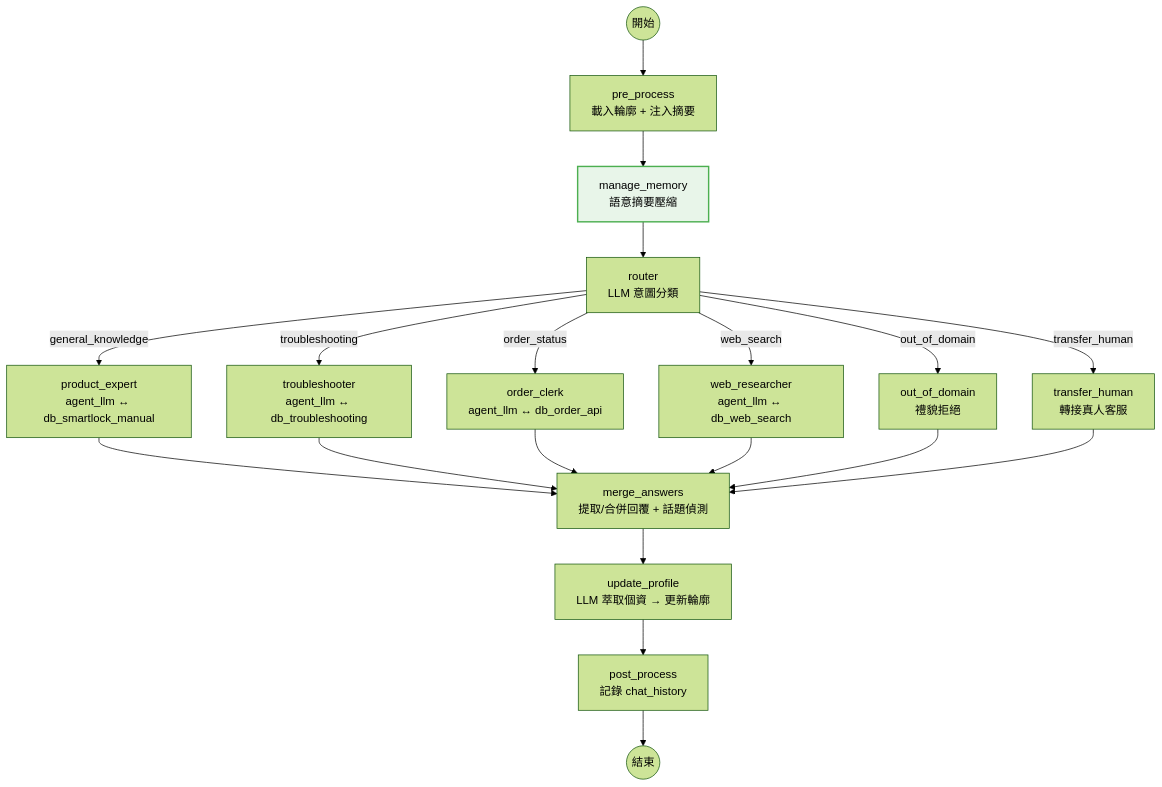
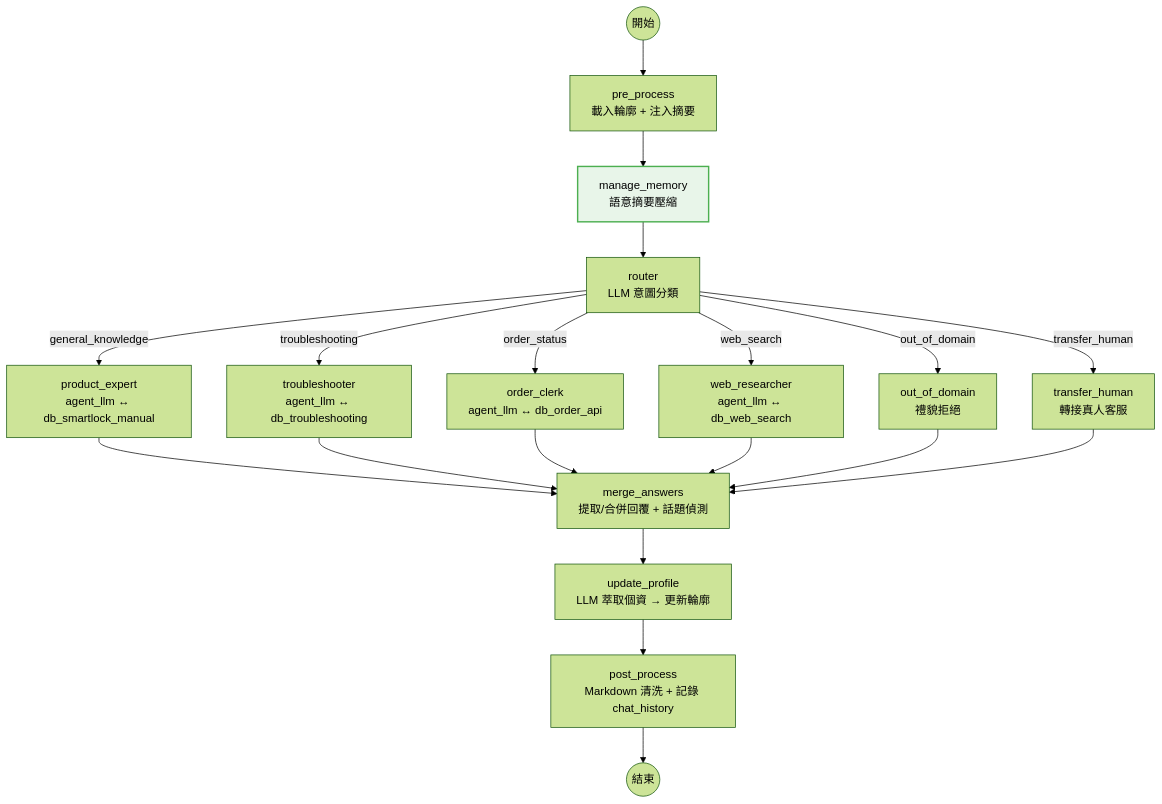
The diagram in docs/reports/20260311-進度報告.md (Imding1211/lock_AI_Agent), drawn with Mermaid (forest theme) before and after one commit. The commit also changed other lines of this file and 11 other files, not shown here.

````diff
--- a/docs/reports/20260311-進度報告.md
+++ b/docs/reports/20260311-進度報告.md
@@ -119,28 +129,28 @@
 ```mermaid
 graph TD
     START((開始)) --> pre_process["pre_process<br/>載入輪廓 + 注入摘要"]
 
     pre_process --> manage_memory["manage_memory<br/>語意摘要壓縮"]
 
     manage_memory --> router["router<br/>LLM 意圖分類"]
 
     router -->|"general_knowledge"| PE["product_expert<br/>agent_llm ↔ db_smartlock_manual"]
     router -->|"troubleshooting"| TS["troubleshooter<br/>agent_llm ↔ db_troubleshooting"]
     router -->|"order_status"| OC["order_clerk<br/>agent_llm ↔ db_order_api"]
     router -->|"web_search"| WR["web_researcher<br/>agent_llm ↔ db_web_search"]
     router -->|"out_of_domain"| OOD["out_of_domain<br/>禮貌拒絕"]
     router -->|"transfer_human"| HUM["transfer_human<br/>轉接真人客服"]
 
     PE --> merge["merge_answers<br/>提取/合併回覆 + 話題偵測"]
     TS --> merge
     OC --> merge
     WR --> merge
     OOD --> merge
     HUM --> merge
 
     merge --> profile["update_profile<br/>LLM 萃取個資 → 更新輪廓"]
-    profile --> post["post_process<br/>記錄 chat_history"]
+    profile --> post["post_process<br/>Markdown 清洗 + 記錄 chat_history"]
     post --> END((結束))
 
     style manage_memory fill:#e8f5e9,stroke:#4caf50,stroke-width:2px
 ```
````
